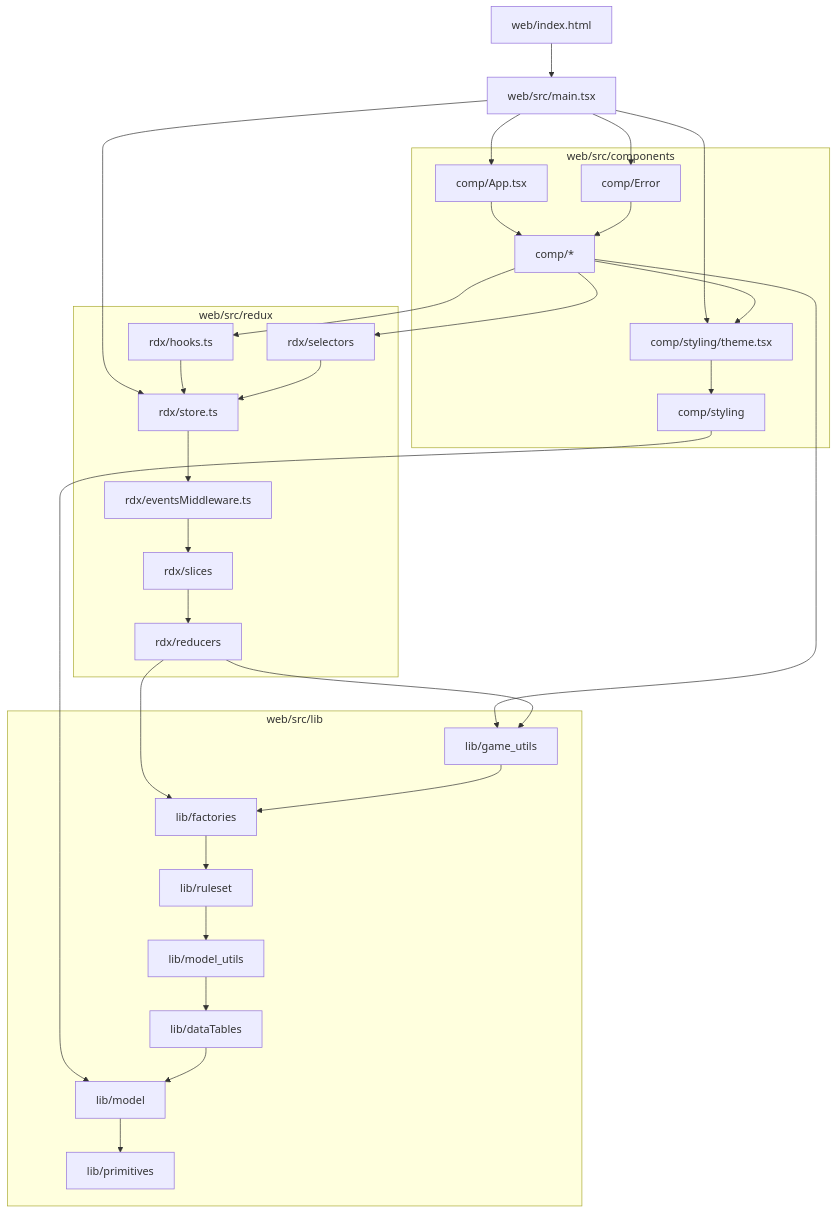
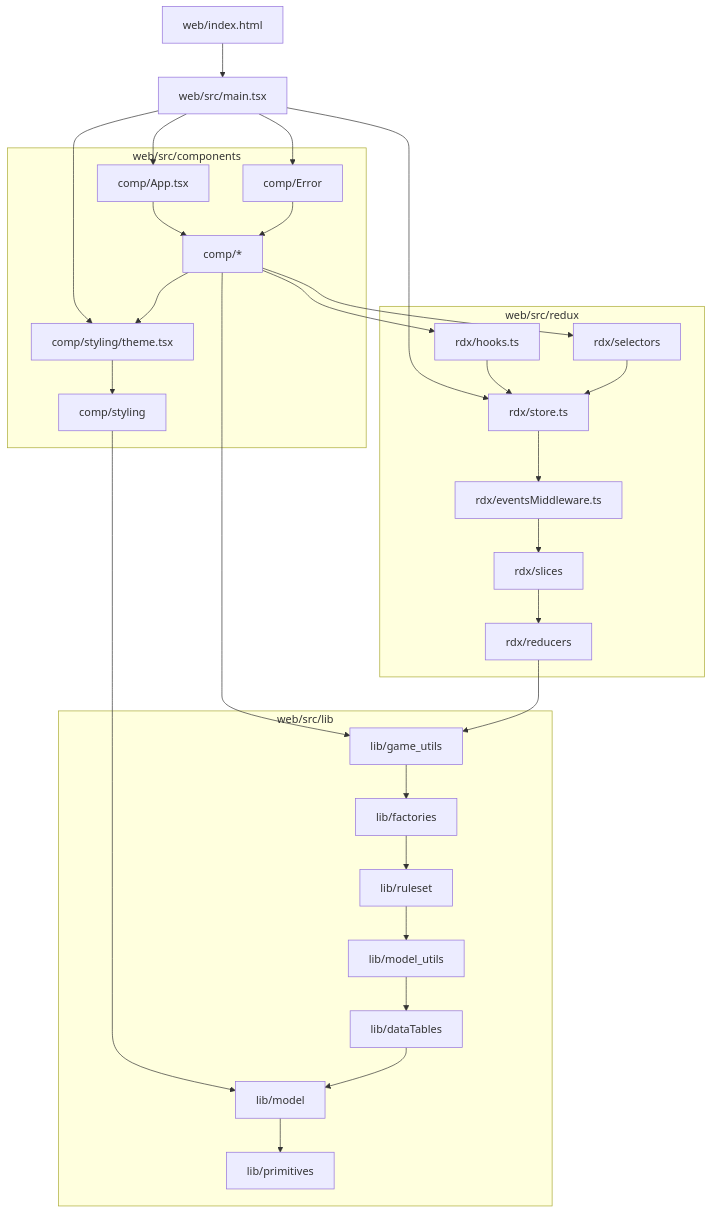
The first of 3 diagrams in docs/design/about_code_dependencies.md (konrad-jamrozik/game-ts), drawn with Mermaid before and after one commit. The commit also changed other lines of this file, not shown here.

Commit message:
update code deps diagram

````diff
--- a/docs/design/about_code_dependencies.md
+++ b/docs/design/about_code_dependencies.md
@@ -47,57 +47,56 @@
 ```mermaid
 graph TD
     IndexH[web/index.html] --> MainTs[web/src/main.tsx]
 
     subgraph "web/src/components"
         CompApp[comp/App.tsx]
         CompTheme[comp/styling/theme.tsx]
         CompErr[comp/Error]
         Comp__[comp/*]
         CompSt[comp/styling]
     end
 
     subgraph "web/src/redux"
         RdxHook[rdx/hooks.ts]
         RdxStore[rdx/store.ts]
         RdxSel[rdx/selectors]
         RdxMid[rdx/eventsMiddleware.ts]
         RdxSli[rdx/slices]
         RdxRed[rdx/reducers]
     end
 
     subgraph "web/src/lib"
         LibGam[lib/game_utils]
         LibFac[lib/factories]
         LibRul[lib/ruleset]
         LibMUt[lib/model_utils]
         LibDataT[lib/dataTables]
         LibMod[lib/model]
         LibPri[lib/primitives]
     end
 
     MainTs --> CompApp
     MainTs --> CompTheme
     MainTs --> CompErr
     MainTs --> RdxStore
     CompTheme --> CompSt
     CompApp --> Comp__
     CompErr --> Comp__
     Comp__ --> RdxHook
     Comp__ --> RdxSel
     Comp__ --> CompTheme
     Comp__ --> LibGam
     CompSt --> LibMod
     RdxStore --> RdxMid
     RdxMid --> RdxSli
     RdxSli --> RdxRed
     RdxRed --> LibGam
-    RdxRed --> LibFac
     RdxHook --> RdxStore
     RdxSel --> RdxStore
     LibGam --> LibFac
     LibFac --> LibRul
     LibRul --> LibMUt
     LibMUt --> LibDataT
     LibDataT --> LibMod
     LibMod --> LibPri
 ```
````
